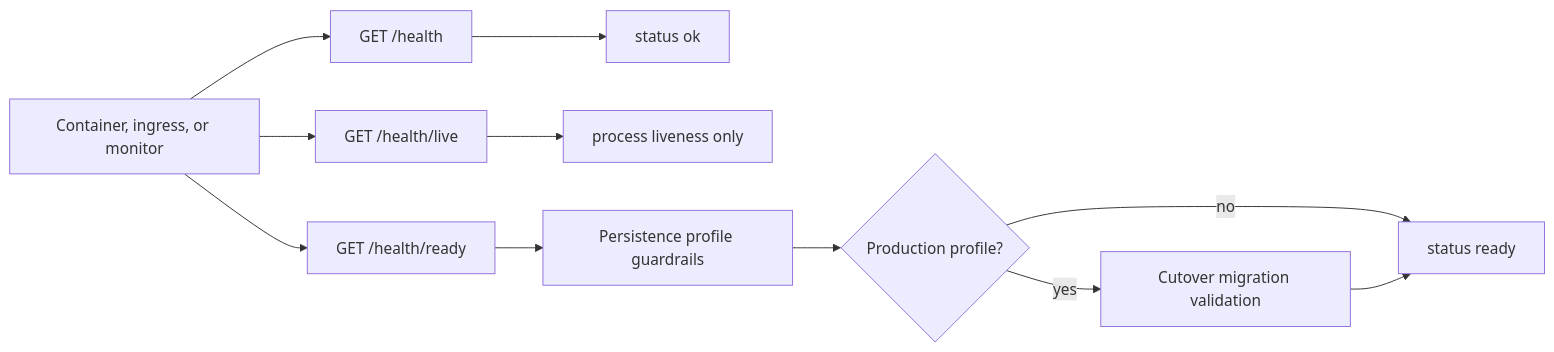
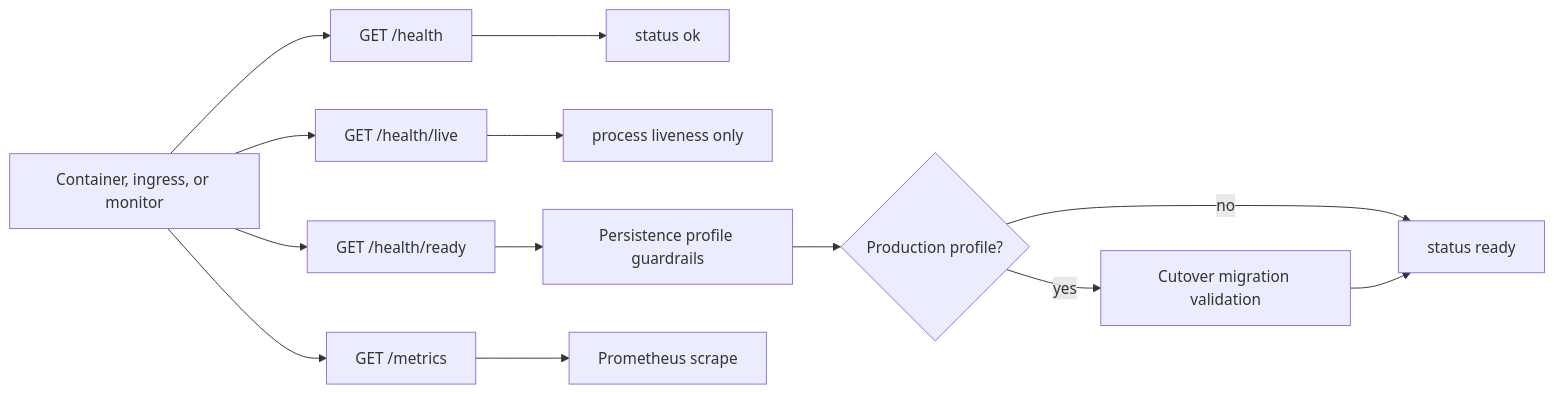
The first of 5 diagrams in wiki/Endpoint-Certification.md (sgajbi/lotus-manage), drawn with Mermaid before and after one commit. The commit also changed other lines of this file and 3 other files, not shown here.

````diff
--- a/wiki/Endpoint-Certification.md
+++ b/wiki/Endpoint-Certification.md
@@ -44,13 +47,15 @@
 ```mermaid
 flowchart LR
     Platform[Container, ingress, or monitor] --> Health[GET /health]
     Platform --> Live[GET /health/live]
     Platform --> Ready[GET /health/ready]
+    Platform --> Metrics[GET /metrics]
     Health --> Ok[status ok]
     Live --> Process[process liveness only]
     Ready --> Guardrails[Persistence profile guardrails]
     Guardrails --> Profile{Production profile?}
     Profile -->|no| ReadyStatus[status ready]
     Profile -->|yes| Migrations[Cutover migration validation]
     Migrations --> ReadyStatus
+    Metrics --> Prometheus[Prometheus scrape]
 ```
````
